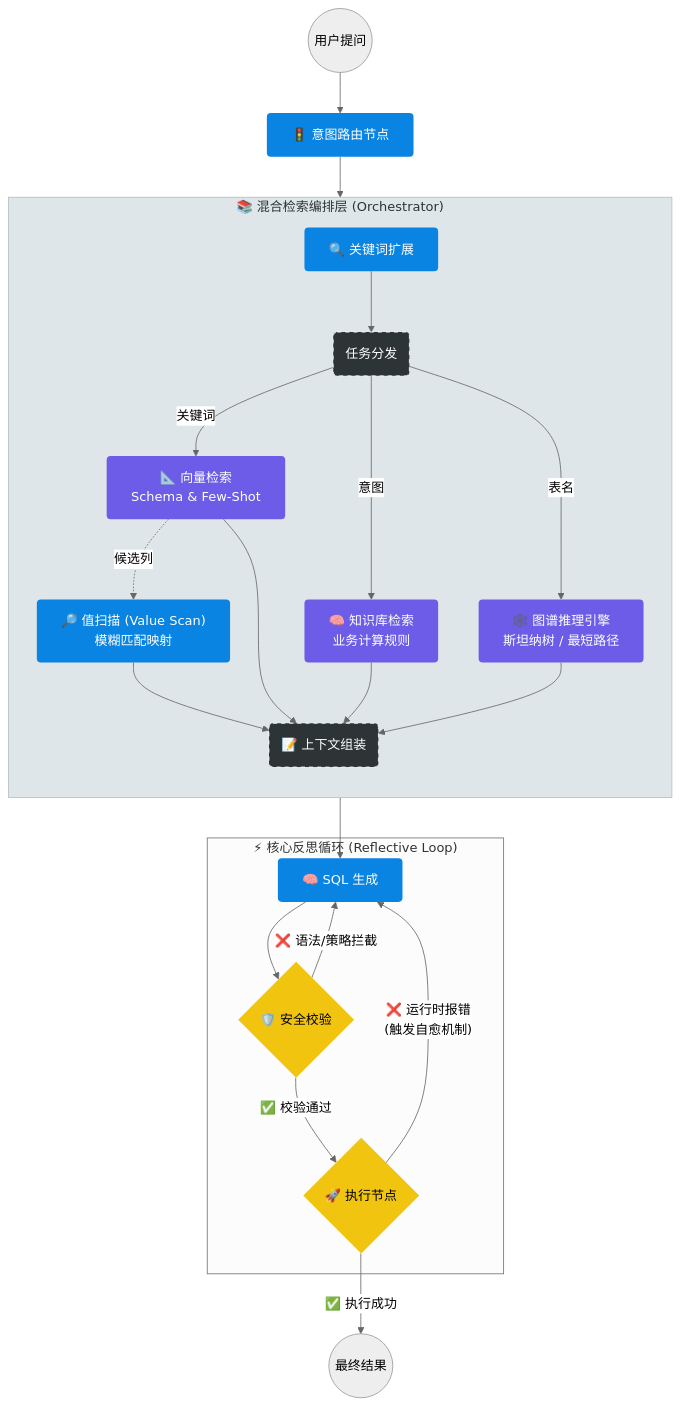
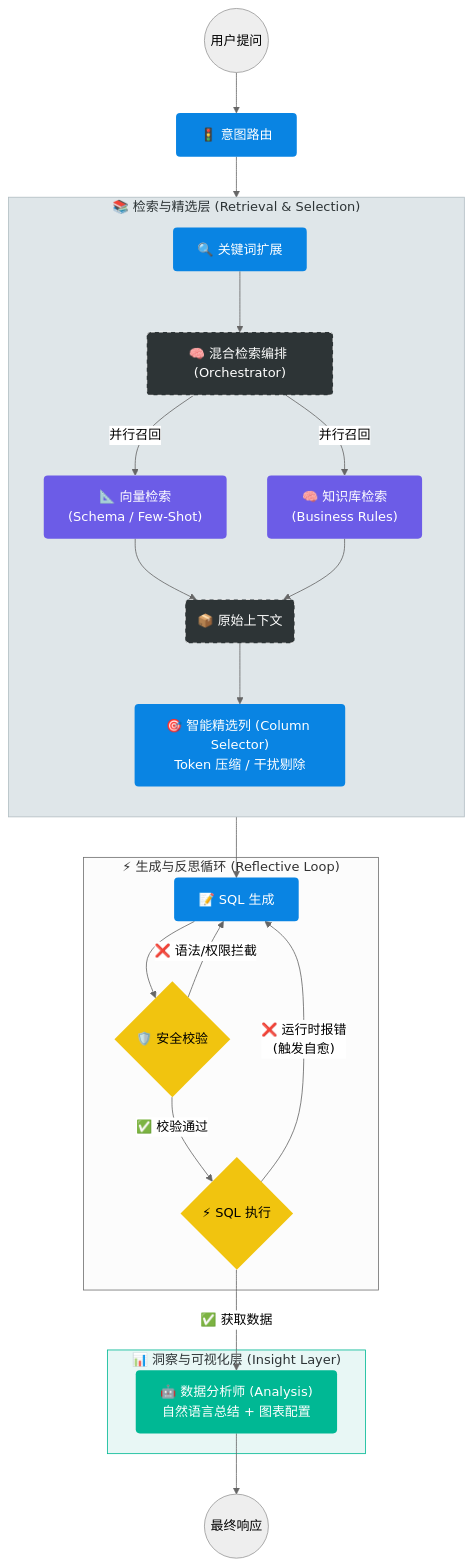
The diagram in README.md (xuhuan51/dbops-enterprise-copilot), drawn with Mermaid (neutral theme) before and after one commit. The commit also changed other lines of this file and 1 other file, not shown here.

First line of the commit message:
refactor(graph): 重构数据操作企业级AI助手的架构设计

````diff
--- a/README.md
+++ b/README.md
@@ -27,54 +27,53 @@
 ```mermaid
 graph TD
     %% --- 样式定义 ---
     classDef action fill:#0984e3,color:white,stroke:none,rx:5,ry:5;
     classDef check fill:#f1c40f,color:black,stroke:none,rx:5,ry:5;
     classDef db fill:#6c5ce7,color:white,stroke:none,rx:5,ry:5;
     classDef module fill:#2d3436,color:white,stroke:#fff,stroke-width:1px,stroke-dasharray: 5 5;
+    classDef output fill:#00b894,color:white,stroke:none,rx:5,ry:5;
 
     %% --- 主流程开始 ---
-    Start((用户提问)) --> Router["🚦 意图路由节点"]:::action
+    Start((用户提问)) --> Router["🚦 意图路由"]:::action
     Router --> Expand["🔍 关键词扩展"]:::action
     
-    %% === 🔥 修复点：标题加了双引号 ===
-    subgraph Orchestrator ["📚 混合检索编排层 (Orchestrator)"]
+    %% --- 检索与精选层 ---
+    subgraph RetrievalLayer ["📚 检索与精选层 (Retrieval & Selection)"]
         direction TB
         
-        %% 入口
-        Expand --> Dispatcher("任务分发"):::module
+        %% 检索编排
+        Expand --> Orchestrator("🧠 混合检索编排 (Orchestrator)"):::module
         
-        %% 并行召回
-        Dispatcher -->|关键词| VectorSearch["📐 向量检索<br/>Schema & Few-Shot"]:::db
-        Dispatcher -->|意图| RuleSearch["🧠 知识库检索<br/>业务计算规则"]:::db
+        Orchestrator -->|并行召回| VectorSearch["📐 向量检索<br/>(Schema / Few-Shot)"]:::db
+        Orchestrator -->|并行召回| RuleSearch["🧠 知识库检索<br/>(Business Rules)"]:::db
         
-        %% 图谱推理
-        Dispatcher -->|表名| GraphEngine["🕸️ 图谱推理引擎<br/>斯坦纳树 / 最短路径"]:::db
+        %% 结果融合
+        VectorSearch --> RawContext
+        RuleSearch --> RawContext("📦 原始上下文"):::module
         
-        %% 值扫描
-        VectorSearch -.->|候选列| ValueScan["🔎 值扫描 (Value Scan)<br/>模糊匹配映射"]:::action
-        
-        %% 融合
-        VectorSearch --> ContextMerge
-        RuleSearch --> ContextMerge
-        GraphEngine --> ContextMerge
-        ValueScan --> ContextMerge("📝 上下文组装"):::module
+        %% 新增：精选列节点
+        RawContext --> Selector["🎯 智能精选列 (Column Selector)<br/>Token 压缩 / 干扰剔除"]:::action
     end
-    %% ====================================
 
-    %% --- 进入反思循环 ---
-    %% === 🔥 修复点：标题加了双引号 ===
-    subgraph CoreLoop ["⚡ 核心反思循环 (Reflective Loop)"]
-        ContextMerge --> Generate["🧠 SQL 生成"]:::action
+    %% --- 核心反思循环 ---
+    subgraph CoreLoop ["⚡ 生成与反思循环 (Reflective Loop)"]
+        Selector --> Generate["📝 SQL 生成"]:::action
         Generate --> Verify{"🛡️ 安全校验"}:::check
         
-        Verify --"❌ 语法/策略拦截"--> Generate
-        Verify --"✅ 校验通过"--> Execute{"🚀 执行节点"}:::check
+        Verify --"❌ 语法/权限拦截"--> Generate
+        Verify --"✅ 校验通过"--> Execute{"⚡ SQL 执行"}:::check
         
-        Execute --"❌ 运行时报错<br/>(触发自愈机制)"--> Generate
+        Execute --"❌ 运行时报错<br/>(触发自愈)"--> Generate
     end
     
-    Execute --"✅ 执行成功"--> End((最终结果))
+    %% --- 分析与输出 (新增) ---
+    subgraph InsightLayer ["📊 洞察与可视化层 (Insight Layer)"]
+        Execute --"✅ 获取数据"--> Analysis["🤖 数据分析师 (Analysis)<br/>自然语言总结 + 图表配置"]:::output
+    end
+
+    Analysis --> End((最终响应))
 
     %% --- 底部图例 ---
-    style Orchestrator fill:#dfe6e9,stroke:#b2bec3,color:#2d3436
+    style RetrievalLayer fill:#dfe6e9,stroke:#b2bec3,color:#2d3436
+    style InsightLayer fill:#e8f7f5,stroke:#00b894,color:#2d3436
 ```
````
